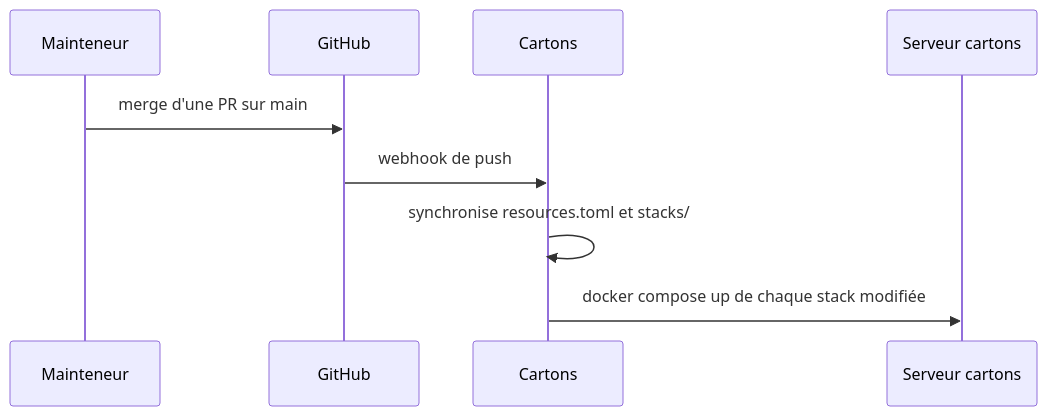
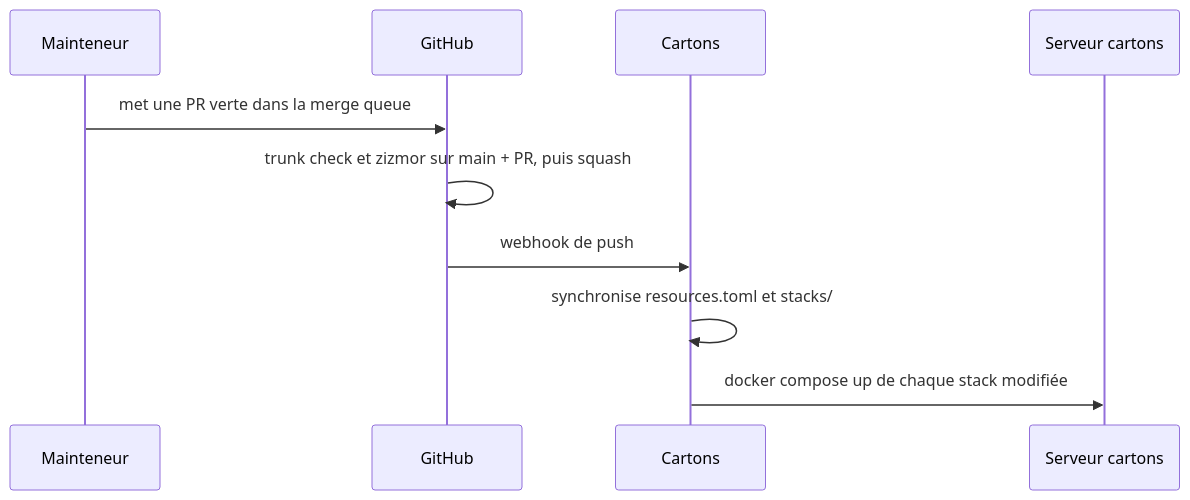
One commit to constructions-incongrues/superlarsen changed the first of 2 diagrams in docs/architecture/arc42/06-runtime-view.md. Above: the diagram before and after it, drawn with Mermaid. The commit also changed 3 other files, not shown here.

First line of the commit message:
docs: remettre arc42 à jour après la merge queue

````diff
--- a/docs/architecture/arc42/06-runtime-view.md
+++ b/docs/architecture/arc42/06-runtime-view.md
@@ -7,11 +7,12 @@
 ```mermaid
 sequenceDiagram
     participant M as Mainteneur
     participant G as GitHub
     participant C as Cartons
     participant S as Serveur cartons
-    M->>G: merge d'une PR sur main
+    M->>G: met une PR verte dans la merge queue
+    G->>G: trunk check et zizmor sur main + PR, puis squash
     G->>C: webhook de push
     C->>C: synchronise resources.toml et stacks/
     C->>S: docker compose up de chaque stack modifiée
 ```
````
